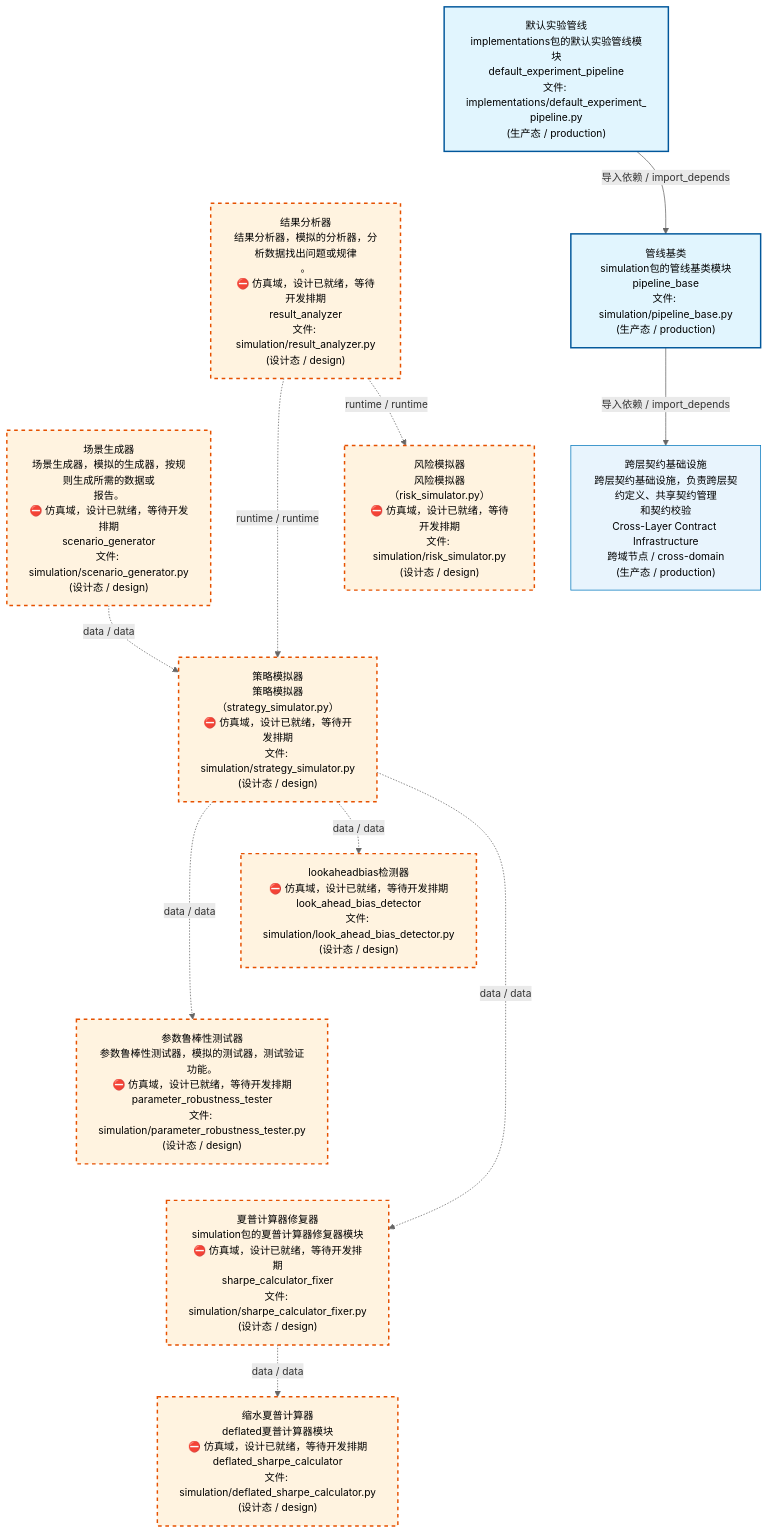
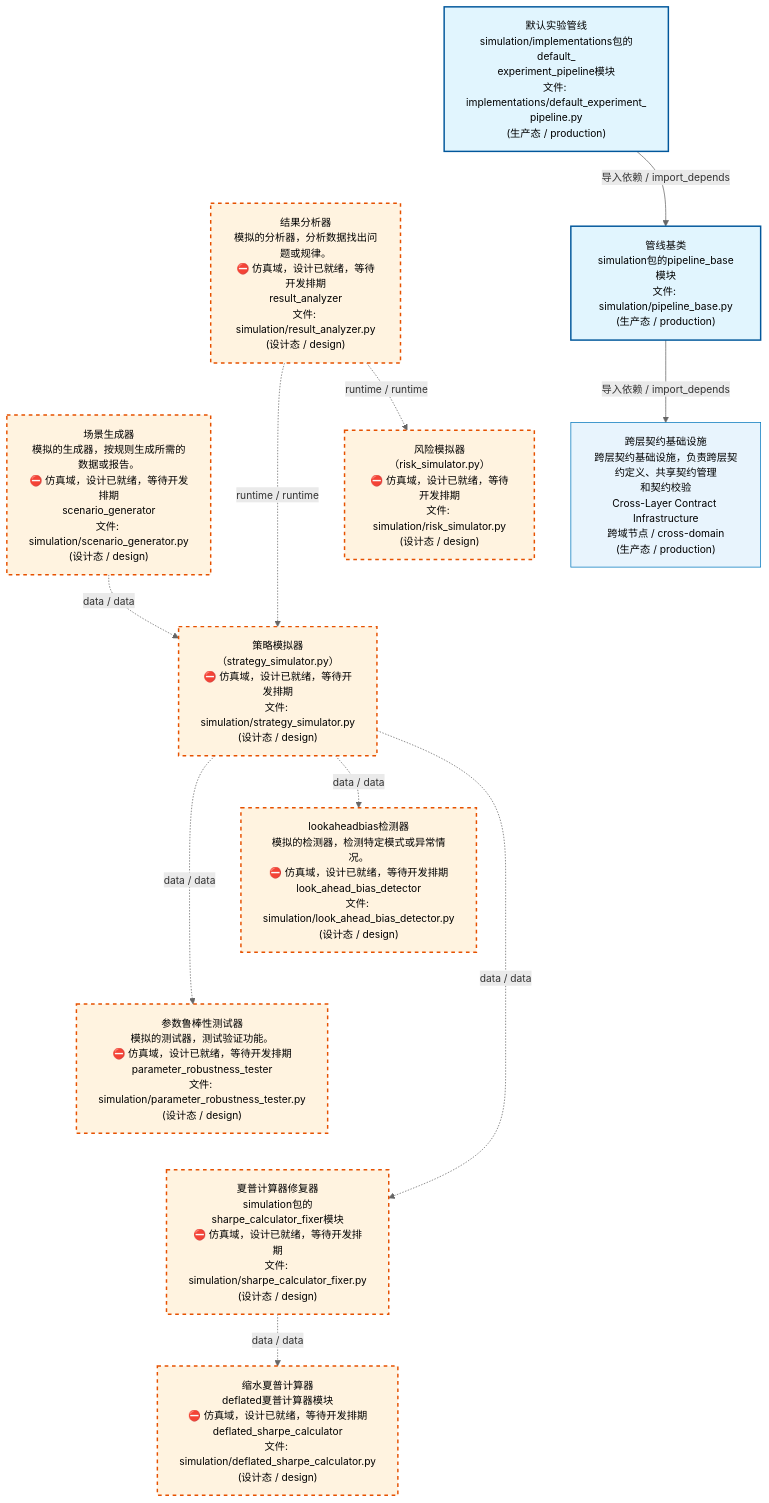
One commit to xuanFelixVan/ZephyrAlpha changed the first of 4 diagrams in docs/02_enterprise_architecture/02_domain_architecture_docs/70_d_simulation.md. Above: the diagram before and after it, drawn with Mermaid. The commit also changed other lines of this file and 61 other files, not shown here.

````diff
--- a/docs/02_enterprise_architecture/02_domain_architecture_docs/70_d_simulation.md
+++ b/docs/02_enterprise_architecture/02_domain_architecture_docs/70_d_simulation.md
@@ -53,37 +53,37 @@
 ```mermaid
 %%{init: {'theme': 'base', 'themeVariables': {'primaryColor': '#eaeaea', 'primaryTextColor': '#333333', 'primaryBorderColor': '#666666', 'lineColor': '#666666', 'secondaryColor': '#eaeaea', 'tertiaryColor': '#eaeaea', 'fontSize': '14px'}}}%%
 flowchart TD
-    src_zephyr_simulation_implementations_default_experiment_pipeline_py["默认实验管线<br/>implementations包的默认实验管线模块<br/>default_experiment_pipeline<br/>文件: implementations/default_experiment_<br/>pipeline.py<br/>(生产态 / production)"]
-    src_zephyr_simulation_result_analyzer_py["结果分析器<br/>结果分析器，模拟的分析器，分析数据找出问题或规律<br/>。<br/>⛔ 仿真域，设计已就绪，等待开发排期<br/>result_analyzer<br/>文件: simulation/result_analyzer.py<br/>(设计态 / design)"]
-    src_zephyr_simulation_scenario_generator_py["场景生成器<br/>场景生成器，模拟的生成器，按规则生成所需的数据或<br/>报告。<br/>⛔ 仿真域，设计已就绪，等待开发排期<br/>scenario_generator<br/>文件: simulation/scenario_generator.py<br/>(设计态 / design)"]
+    src_zephyr_simulation_implementations_default_experiment_pipeline_py["默认实验管线<br/>simulation/implementations包的default_<br/>experiment_pipeline模块<br/>文件: implementations/default_experiment_<br/>pipeline.py<br/>(生产态 / production)"]
+    src_zephyr_simulation_result_analyzer_py["结果分析器<br/>模拟的分析器，分析数据找出问题或规律。<br/>⛔ 仿真域，设计已就绪，等待开发排期<br/>result_analyzer<br/>文件: simulation/result_analyzer.py<br/>(设计态 / design)"]
+    src_zephyr_simulation_scenario_generator_py["场景生成器<br/>模拟的生成器，按规则生成所需的数据或报告。<br/>⛔ 仿真域，设计已就绪，等待开发排期<br/>scenario_generator<br/>文件: simulation/scenario_generator.py<br/>(设计态 / design)"]
     src_zephyr_simulation_implementations_default_experiment_pipeline_py ~~~ src_zephyr_simulation_result_analyzer_py
     src_zephyr_simulation_result_analyzer_py ~~~ src_zephyr_simulation_scenario_generator_py
-    src_zephyr_simulation_pipeline_base_py["管线基类<br/>simulation包的管线基类模块<br/>pipeline_base<br/>文件: simulation/pipeline_base.py<br/>(生产态 / production)"]
-    src_zephyr_simulation_risk_simulator_py["风险模拟器<br/>风险模拟器（risk_simulator.py）<br/>⛔ 仿真域，设计已就绪，等待开发排期<br/>文件: simulation/risk_simulator.py<br/>(设计态 / design)"]
-    src_zephyr_simulation_strategy_simulator_py["策略模拟器<br/>策略模拟器（strategy_simulator.py）<br/>⛔ 仿真域，设计已就绪，等待开发排期<br/>文件: simulation/strategy_simulator.py<br/>(设计态 / design)"]
+    src_zephyr_simulation_pipeline_base_py["管线基类<br/>simulation包的pipeline_base模块<br/>文件: simulation/pipeline_base.py<br/>(生产态 / production)"]
+    src_zephyr_simulation_risk_simulator_py["风险模拟器<br/>（risk_simulator.py）<br/>⛔ 仿真域，设计已就绪，等待开发排期<br/>文件: simulation/risk_simulator.py<br/>(设计态 / design)"]
+    src_zephyr_simulation_strategy_simulator_py["策略模拟器<br/>（strategy_simulator.py）<br/>⛔ 仿真域，设计已就绪，等待开发排期<br/>文件: simulation/strategy_simulator.py<br/>(设计态 / design)"]
     src_zephyr_simulation_pipeline_base_py ~~~ src_zephyr_simulation_risk_simulator_py
     src_zephyr_simulation_risk_simulator_py ~~~ src_zephyr_simulation_strategy_simulator_py
-    src_zephyr_simulation_look_ahead_bias_detector_py["lookaheadbias检测器<br/>⛔ 仿真域，设计已就绪，等待开发排期<br/>look_ahead_bias_detector<br/>文件: simulation/look_ahead_bias_detector.py<br/>(设计态 / design)"]
-    src_zephyr_simulation_parameter_robustness_tester_py["参数鲁棒性测试器<br/>参数鲁棒性测试器，模拟的测试器，测试验证功能。<br/>⛔ 仿真域，设计已就绪，等待开发排期<br/>parameter_robustness_tester<br/>文件: simulation/parameter_robustness_tester.py<br/>(设计态 / design)"]
-    src_zephyr_simulation_sharpe_calculator_fixer_py["夏普计算器修复器<br/>simulation包的夏普计算器修复器模块<br/>⛔ 仿真域，设计已就绪，等待开发排期<br/>sharpe_calculator_fixer<br/>文件: simulation/sharpe_calculator_fixer.py<br/>(设计态 / design)"]
+    src_zephyr_simulation_look_ahead_bias_detector_py["lookaheadbias检测器<br/>模拟的检测器，检测特定模式或异常情况。<br/>⛔ 仿真域，设计已就绪，等待开发排期<br/>look_ahead_bias_detector<br/>文件: simulation/look_ahead_bias_detector.py<br/>(设计态 / design)"]
+    src_zephyr_simulation_parameter_robustness_tester_py["参数鲁棒性测试器<br/>模拟的测试器，测试验证功能。<br/>⛔ 仿真域，设计已就绪，等待开发排期<br/>parameter_robustness_tester<br/>文件: simulation/parameter_robustness_tester.py<br/>(设计态 / design)"]
+    src_zephyr_simulation_sharpe_calculator_fixer_py["夏普计算器修复器<br/>simulation包的sharpe_calculator_fixer模块<br/>⛔ 仿真域，设计已就绪，等待开发排期<br/>文件: simulation/sharpe_calculator_fixer.py<br/>(设计态 / design)"]
     src_zephyr_simulation_look_ahead_bias_detector_py ~~~ src_zephyr_simulation_parameter_robustness_tester_py
     src_zephyr_simulation_parameter_robustness_tester_py ~~~ src_zephyr_simulation_sharpe_calculator_fixer_py
     src_zephyr_simulation_deflated_sharpe_calculator_py["缩水夏普计算器<br/>deflated夏普计算器模块<br/>⛔ 仿真域，设计已就绪，等待开发排期<br/>deflated_sharpe_calculator<br/>文件: simulation/deflated_sharpe_calculator.py<br/>(设计态 / design)"]
     src_zephyr_simulation_strategy_simulator_py -.->|data / data| src_zephyr_simulation_parameter_robustness_tester_py
     src_zephyr_simulation_strategy_simulator_py -.->|data / data| src_zephyr_simulation_look_ahead_bias_detector_py
     src_zephyr_simulation_strategy_simulator_py -.->|data / data| src_zephyr_simulation_sharpe_calculator_fixer_py
     src_zephyr_simulation_scenario_generator_py -.->|data / data| src_zephyr_simulation_strategy_simulator_py
     src_zephyr_simulation_result_analyzer_py -.->|runtime / runtime| src_zephyr_simulation_strategy_simulator_py
     src_zephyr_simulation_result_analyzer_py -.->|runtime / runtime| src_zephyr_simulation_risk_simulator_py
     src_zephyr_simulation_sharpe_calculator_fixer_py -.->|data / data| src_zephyr_simulation_deflated_sharpe_calculator_py
     src_zephyr_simulation_implementations_default_experiment_pipeline_py -->|导入依赖 / import_depends| src_zephyr_simulation_pipeline_base_py
     D_INFRASTRUCTURE["跨层契约基础设施<br/>跨层契约基础设施，负责跨层契约定义、共享契约管理<br/>和契约校验<br/>Cross-Layer Contract Infrastructure<br/>跨域节点 / cross-domain<br/>(生产态 / production)"]
     src_zephyr_simulation_pipeline_base_py -->|导入依赖 / import_depends| D_INFRASTRUCTURE
     classDef production fill:#e1f5fe,stroke:#01579b,stroke-width:2px,color:#000
     classDef design fill:#fff3e0,stroke:#e65100,stroke-width:2px,color:#000,stroke-dasharray: 5 5
     classDef external_prod fill:#e8f4fd,stroke:#0277bd,stroke-width:1px,color:#000
     classDef external_design fill:#fff8e7,stroke:#ef6c00,stroke-width:1px,color:#000,stroke-dasharray: 5 5
     class src_zephyr_simulation_implementations_default_experiment_pipeline_py,src_zephyr_simulation_pipeline_base_py production
     class src_zephyr_simulation_deflated_sharpe_calculator_py,src_zephyr_simulation_look_ahead_bias_detector_py,src_zephyr_simulation_parameter_robustness_tester_py,src_zephyr_simulation_result_analyzer_py,src_zephyr_simulation_risk_simulator_py,src_zephyr_simulation_scenario_generator_py,src_zephyr_simulation_sharpe_calculator_fixer_py,src_zephyr_simulation_strategy_simulator_py design
     class D_INFRASTRUCTURE external_prod
 ```
````
